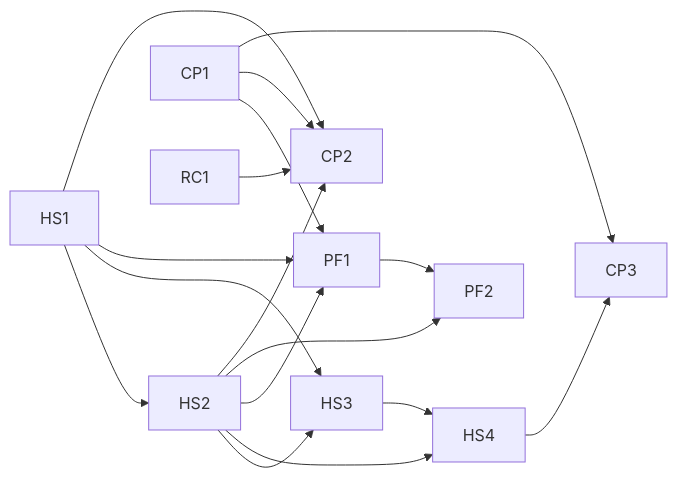
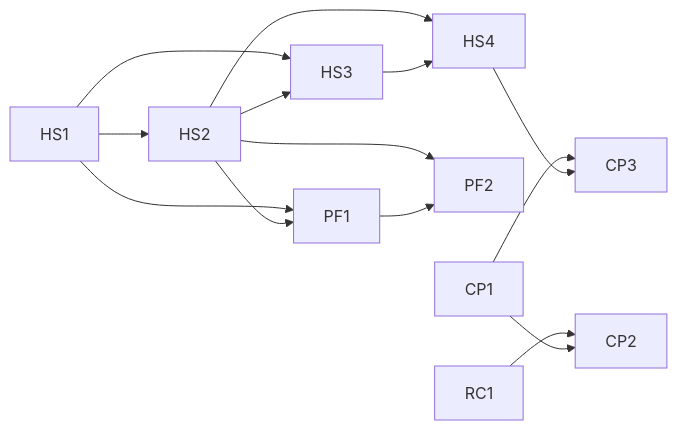
The diagram in docs/plans/2026-10-15-wave-9-umbrella.md (stayfixed/stayfixed), drawn with Mermaid before and after one commit. The commit also changed other lines of this file and 2 other files, not shown here.

````diff
--- a/docs/plans/2026-10-15-wave-9-umbrella.md
+++ b/docs/plans/2026-10-15-wave-9-umbrella.md
@@ -93,19 +94,16 @@
 ```mermaid
 graph LR
   HS1 --> HS2
   HS1 --> HS3
   HS2 --> HS3
   HS2 --> HS4
   HS3 --> HS4
   HS1 --> PF1
   HS2 --> PF1
-  CP1 --> PF1
   HS2 --> PF2
   PF1 --> PF2
   RC1 --> CP2
-  HS1 --> CP2
-  HS2 --> CP2
   CP1 --> CP2
   CP1 --> CP3
   HS4 --> CP3
 ```
````
